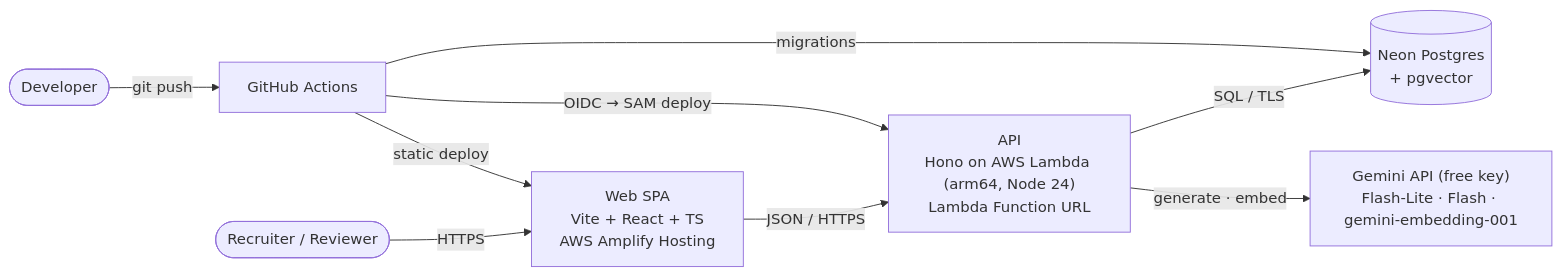
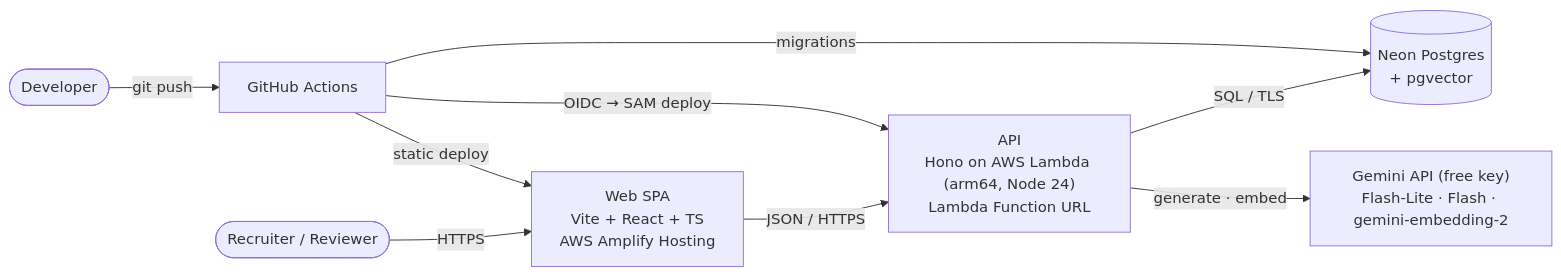
One commit to Hqasim/hiresignal changed the first of 5 diagrams in docs/SPEC.md. Above: the diagram before and after it, drawn with Mermaid. The commit also changed other lines of this file and 5 other files, not shown here.

First line of the commit message:
docs(adr): 0007 gemini-embedding-2 at 768 dimensions

````diff
--- a/docs/SPEC.md
+++ b/docs/SPEC.md
@@ -167,11 +167,11 @@
 ```mermaid
 flowchart LR
   user([Recruiter / Reviewer]) -->|HTTPS| web["Web SPA<br/>Vite + React + TS<br/>AWS Amplify Hosting"]
   web -->|JSON / HTTPS| api["API<br/>Hono on AWS Lambda (arm64, Node 24)<br/>Lambda Function URL"]
   api -->|SQL / TLS| db[("Neon Postgres<br/>+ pgvector")]
-  api -->|generate · embed| gem["Gemini API (free key)<br/>Flash-Lite · Flash · gemini-embedding-001"]
+  api -->|generate · embed| gem["Gemini API (free key)<br/>Flash-Lite · Flash · gemini-embedding-2"]
   dev([Developer]) -->|git push| gha[GitHub Actions]
   gha -->|"OIDC → SAM deploy"| api
   gha -->|static deploy| web
   gha -->|migrations| db
 ```
````
